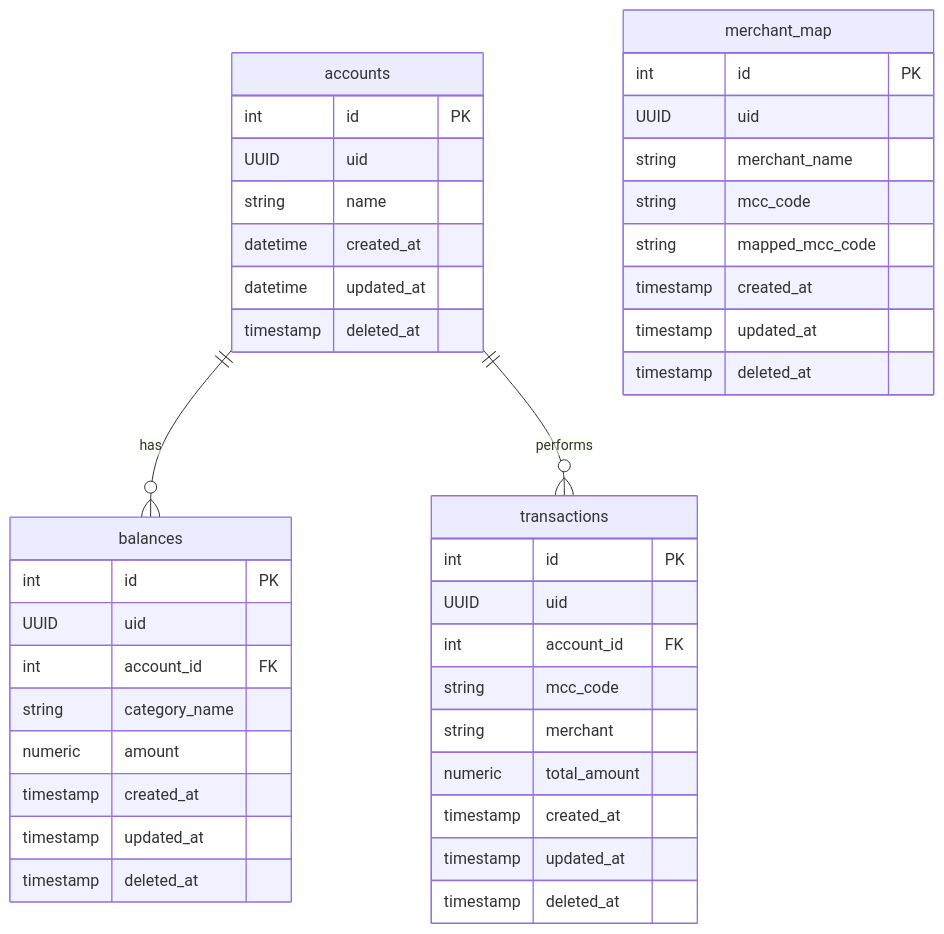
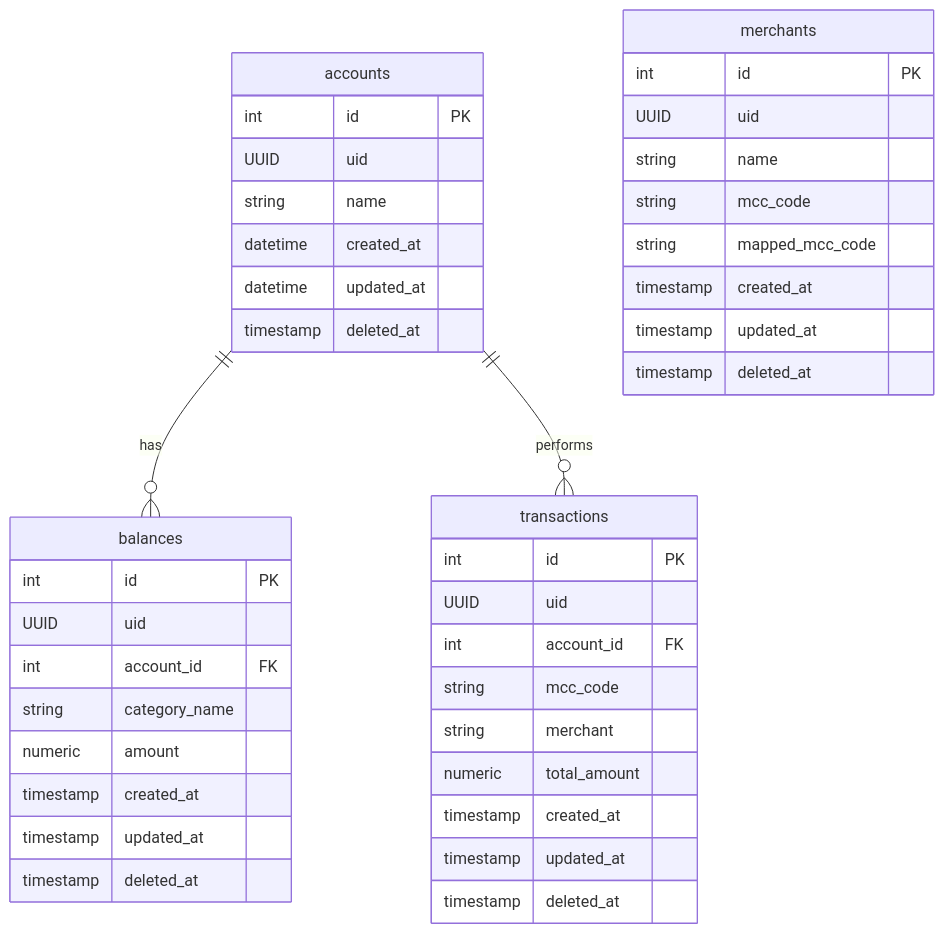
Before and after one commit to marciovmartins/jtonynet-go-payments-api: the second of 3 diagrams in README.md, drawn with Mermaid. The commit also changed other lines of this file and 5 other files, not shown here.

Commit message:
fix: fluxo L3 alterado. Renomeado MerchantMap para Merchant

````diff
--- a/README.md
+++ b/README.md
@@ -449,49 +449,49 @@
 ```mermaid
 erDiagram
     accounts {
         int id PK
         UUID uid
         string name
         datetime created_at
         datetime updated_at
         timestamp deleted_at
     }
 
     balances {
         int id PK
         UUID uid
         int account_id FK
         string category_name
         numeric amount
         timestamp created_at
         timestamp updated_at
         timestamp deleted_at
     }
 
     transactions {
         int id PK
         UUID uid
         int account_id FK
         string mcc_code
         string merchant
         numeric total_amount
         timestamp created_at
         timestamp updated_at
         timestamp deleted_at
     }
     
-    merchant_map {
+    merchants {
         int id PK
         UUID uid
-        string merchant_name
+        string name
         string mcc_code
         string mapped_mcc_code
         timestamp created_at
         timestamp updated_at
         timestamp deleted_at
     }
 
     accounts ||--o{ balances : has
     accounts ||--o{ transactions : performs
     
 ```
````
